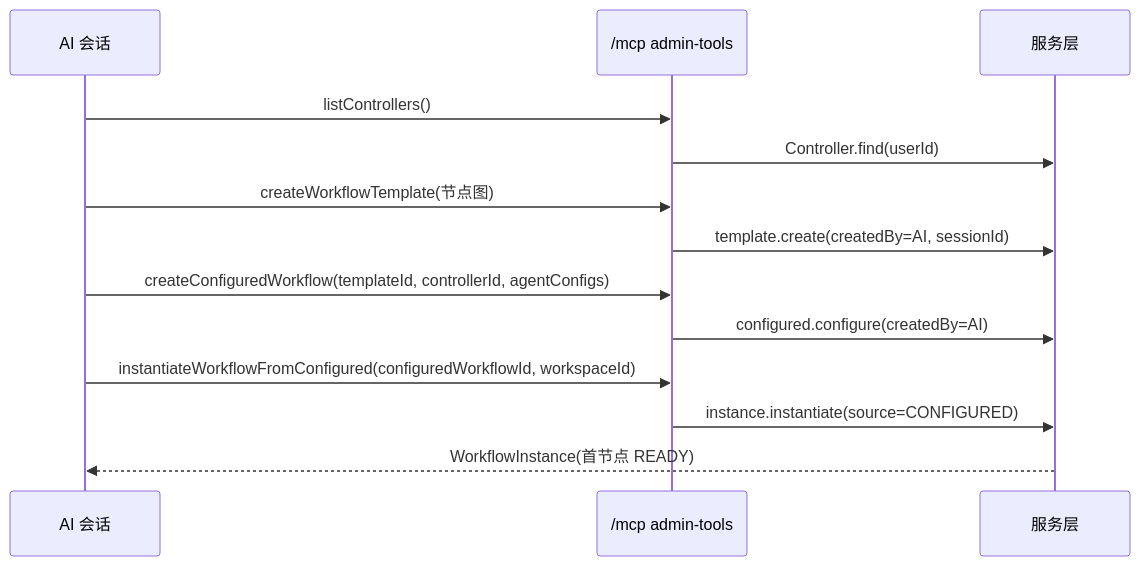
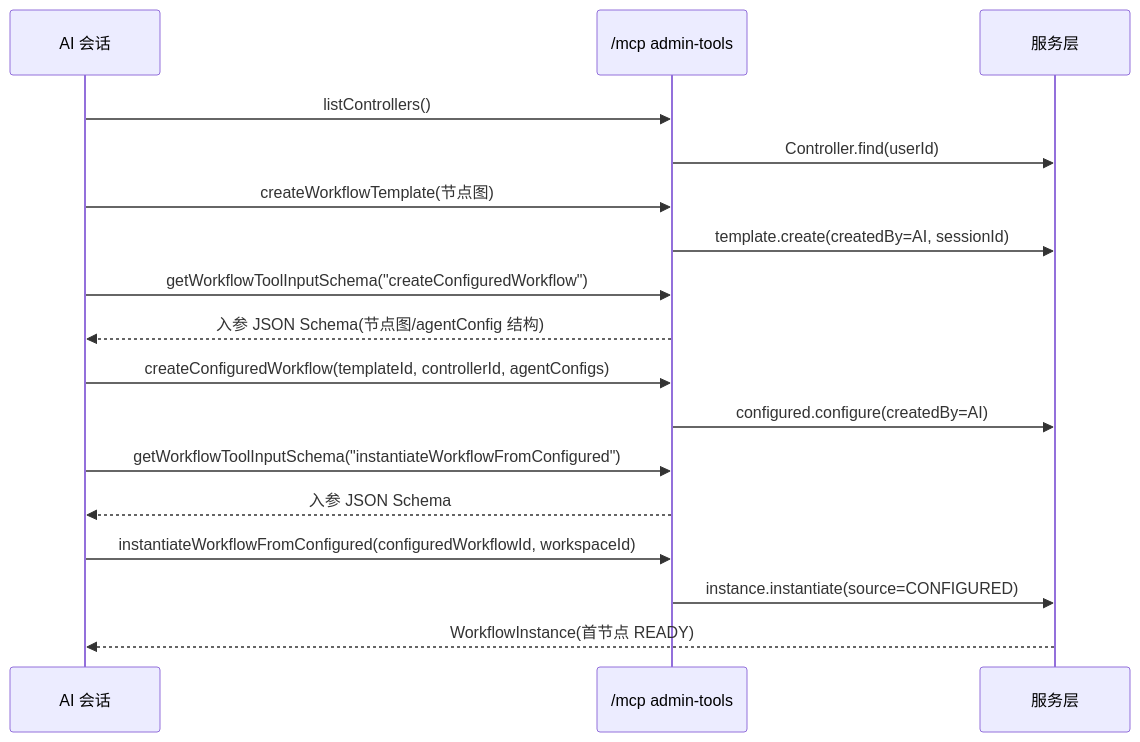
Before and after one commit to Deliay/z-agent-gear: the fifth of 5 diagrams in docs/engineering/proposals/20260811-feat-agent-workflow-phase2.md, drawn with Mermaid. The commit also changed other lines of this file and 1 other file, not shown here.

Commit message:
docs(workflow): add getWorkflowToolInputSchema tool to phase-2 admin toolset (rework)

````diff
--- a/docs/engineering/proposals/20260811-feat-agent-workflow-phase2.md
+++ b/docs/engineering/proposals/20260811-feat-agent-workflow-phase2.md
@@ -259,15 +259,19 @@
 ```mermaid
 sequenceDiagram
     participant A as AI 会话
     participant M as /mcp admin-tools
     participant S as 服务层
     A->>M: listControllers()
     M->>S: Controller.find(userId)
     A->>M: createWorkflowTemplate(节点图)
     M->>S: template.create(createdBy=AI, sessionId)
+    A->>M: getWorkflowToolInputSchema("createConfiguredWorkflow")
+    M-->>A: 入参 JSON Schema(节点图/agentConfig 结构)
     A->>M: createConfiguredWorkflow(templateId, controllerId, agentConfigs)
     M->>S: configured.configure(createdBy=AI)
+    A->>M: getWorkflowToolInputSchema("instantiateWorkflowFromConfigured")
+    M-->>A: 入参 JSON Schema
     A->>M: instantiateWorkflowFromConfigured(configuredWorkflowId, workspaceId)
     M->>S: instance.instantiate(source=CONFIGURED)
     S-->>A: WorkflowInstance(首节点 READY)
 ```
````
